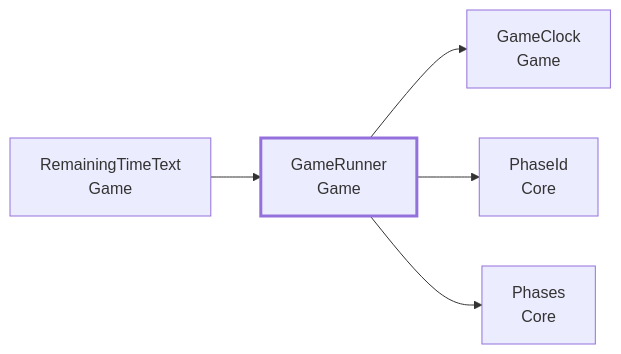
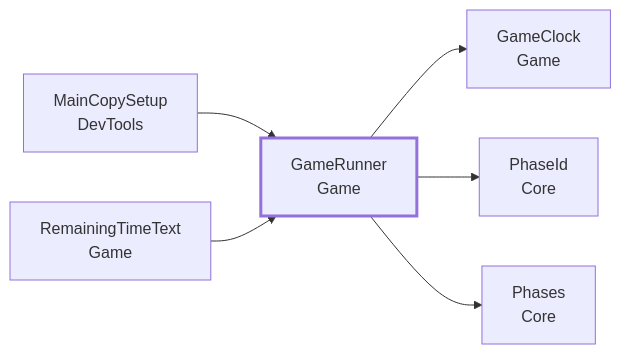
One commit to Fialuxe/MouthOfGod_System changed the second of 3 diagrams in docs/api/Game.md. Above: the diagram before and after it, drawn with Mermaid. The commit also changed other lines of this file and 18 other files, not shown here.

First line of the commit message:
Main の写し（Main_Copy）を作り、本編まで試すメニューと、吹き出しを全部出す Play 中のメニューを足す

````diff
--- a/docs/api/Game.md
+++ b/docs/api/Game.md
@@ -97,9 +97,10 @@
 ```mermaid
 flowchart LR
   C_GameRunner["GameRunner<br/>Game"]:::me
+  U_MainCopySetup["MainCopySetup<br/>DevTools"] --> C_GameRunner
   U_RemainingTimeText["RemainingTimeText<br/>Game"] --> C_GameRunner
   C_GameRunner --> D_GameClock["GameClock<br/>Game"]
   C_GameRunner --> D_PhaseId["PhaseId<br/>Core"]
   C_GameRunner --> D_Phases["Phases<br/>Core"]
   classDef me stroke-width:3px
 ```
````
